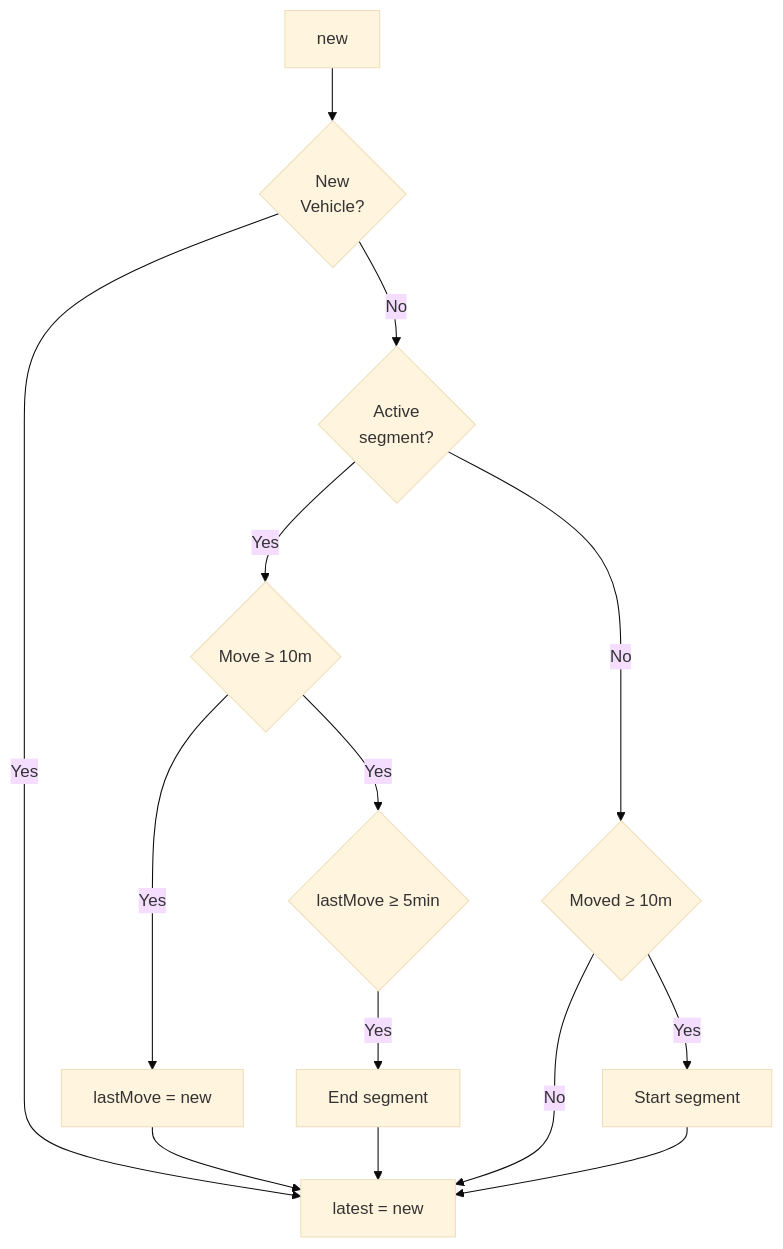
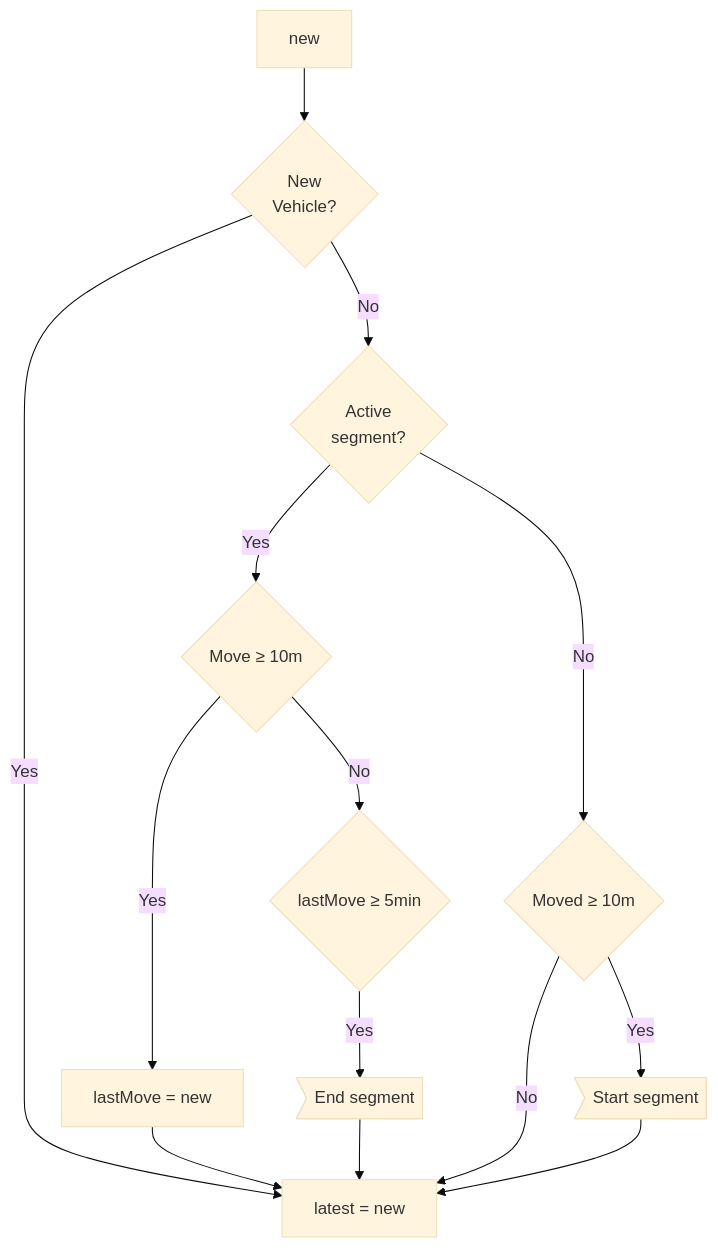
One commit to DIMO-Network/trip-processor changed the diagram in README.md. Above: the diagram before and after it, drawn with Mermaid (base theme).

````diff
--- a/README.md
+++ b/README.md
@@ -9,19 +9,22 @@
 ```mermaid
 flowchart TD
   new --> C1{New\nVehicle?}
   C1 -->|Yes| FU[latest = new]
   C1 -->|No| S2{Active\nsegment?}
 
   S2 -->|Yes| S3{"Move ≥ 10m"}
-  S3 -->|Yes| S4{"lastMove ≥ 5min"}
-  S4 -->|Yes| S5["End segment"]
+  S2 -->|No| S7{"Moved ≥ 10m"}
 
+
+  S4 -->|Yes| S5>"End segment"]
   S3 -->|Yes| S6["lastMove = new"]
+  S3 -->|No| S4{"lastMove ≥ 5min"}
 
-  S2 -->|No| S7{"Moved ≥ 10m"}
+
+
   S6 --> FU
   S5 --> FU
-  S7 -->|Yes| S8["Start segment"]
+  S7 -->|Yes| S8>"Start segment"]
   S7 -->|No| FU
   S8 --> FU
 ```
````
